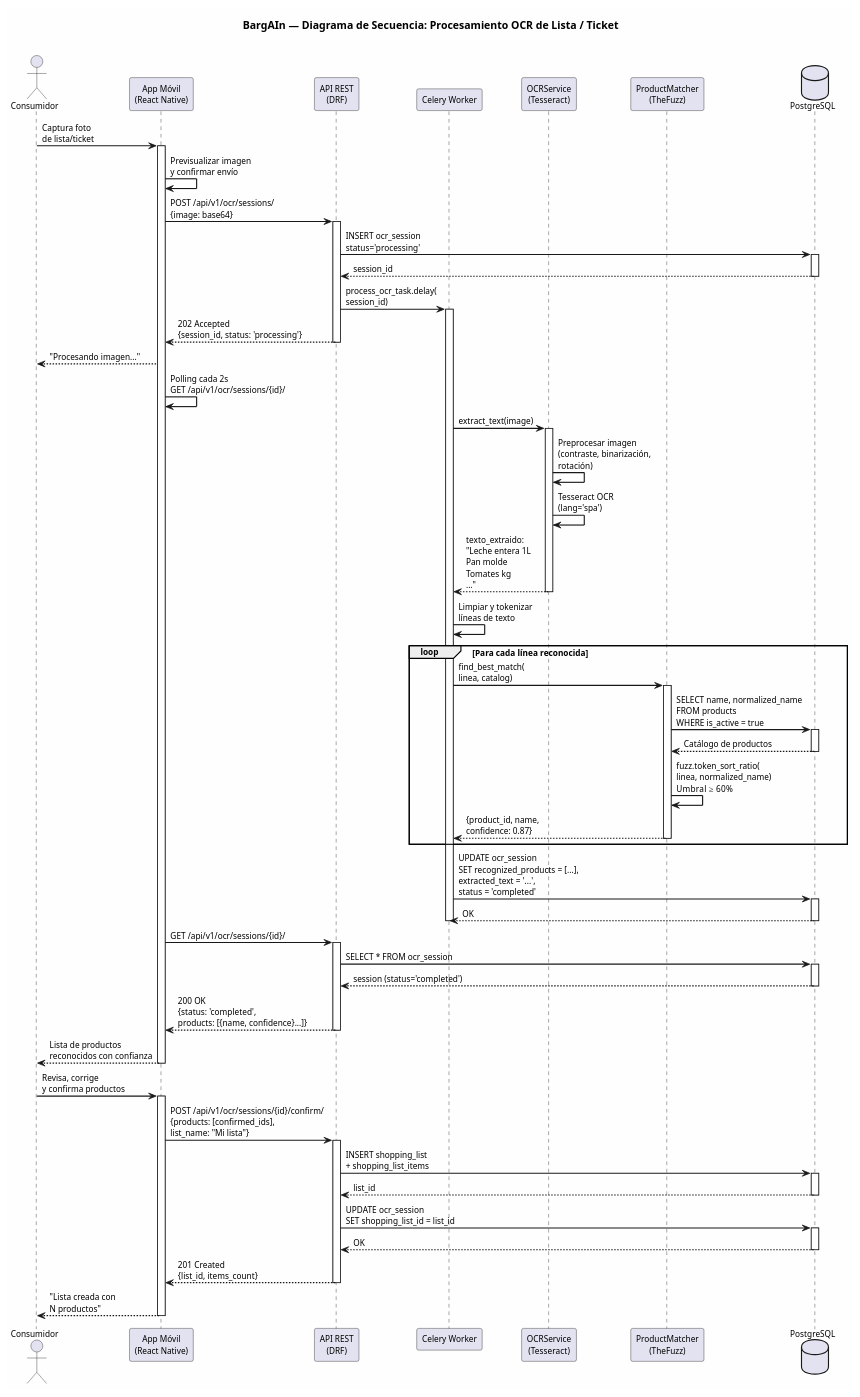
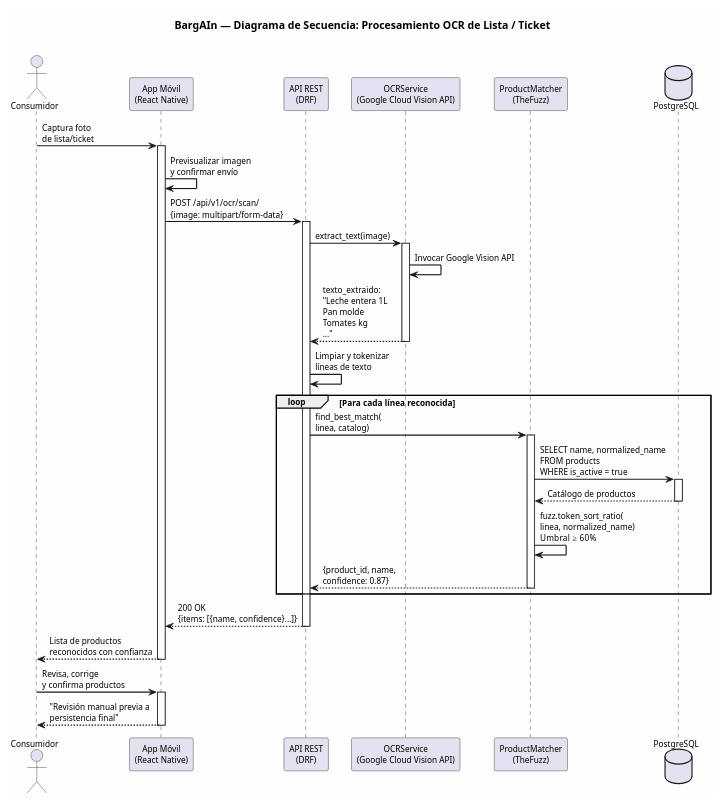
One commit to QHX0329/bargain-tfg changed the diagram in docs/diagramas/secuencia/secuencia-ocr.puml. Above: the diagram before and after it, drawn with PlantUML. The commit also changed 107 other files, not shown here.

```diff
--- a/docs/diagramas/secuencia/secuencia-ocr.puml
+++ b/docs/diagramas/secuencia/secuencia-ocr.puml
@@ -1,101 +1,56 @@
 @startuml secuencia-ocr
 skinparam backgroundColor #FEFEFE
 skinparam defaultFontName "Segoe UI"
 skinparam defaultFontSize 11
 skinparam shadowing false
 skinparam sequenceArrowThickness 1.5
 
 title **BargAIn — Diagrama de Secuencia: Procesamiento OCR de Lista / Ticket**\n
 
 actor "Consumidor" as user
 participant "App Móvil\n(React Native)" as app
 participant "API REST\n(DRF)" as api
-participant "Celery Worker" as celery
-participant "OCRService\n(Tesseract)" as ocr
+participant "OCRService\n(Google Cloud Vision API)" as ocr
 participant "ProductMatcher\n(TheFuzz)" as matcher
 database "PostgreSQL" as db
 
 user -> app : Captura foto\nde lista/ticket
 activate app
 
 app -> app : Previsualizar imagen\ny confirmar envío
 
-app -> api : POST /api/v1/ocr/sessions/\n{image: base64}
+app -> api : POST /api/v1/ocr/scan/\n{image: multipart/form-data}
 activate api
 
-api -> db : INSERT ocr_session\nstatus='processing'
-activate db
-db --> api : session_id
-deactivate db
-
-api -> celery : process_ocr_task.delay(\nsession_id)
-activate celery
-
-api --> app : 202 Accepted\n{session_id, status: 'processing'}
-deactivate api
-
-app --> user : "Procesando imagen..."
-app -> app : Polling cada 2s\nGET /api/v1/ocr/sessions/{id}/
-
-celery -> ocr : extract_text(image)
+api -> ocr : extract_text(image)
 activate ocr
-ocr -> ocr : Preprocesar imagen\n(contraste, binarización,\nrotación)
-ocr -> ocr : Tesseract OCR\n(lang='spa')
-ocr --> celery : texto_extraido:\n"Leche entera 1L\nPan molde\nTomates kg\n..."
+ocr -> ocr : Invocar Google Vision API
+ocr --> api : texto_extraido:\n"Leche entera 1L\nPan molde\nTomates kg\n..."
 deactivate ocr
 
-celery -> celery : Limpiar y tokenizar\nlíneas de texto
+api -> api : Limpiar y tokenizar\nlíneas de texto
 
 loop Para cada línea reconocida
-    celery -> matcher : find_best_match(\nlinea, catalog)
+    api -> matcher : find_best_match(\nlinea, catalog)
     activate matcher
     matcher -> db : SELECT name, normalized_name\nFROM products\nWHERE is_active = true
     activate db
     db --> matcher : Catálogo de productos
     deactivate db
     matcher -> matcher : fuzz.token_sort_ratio(\nlinea, normalized_name)\nUmbral ≥ 60%
-    matcher --> celery : {product_id, name,\nconfidence: 0.87}
+    matcher --> api : {product_id, name,\nconfidence: 0.87}
     deactivate matcher
 end
 
-celery -> db : UPDATE ocr_session\nSET recognized_products = [...],\nextracted_text = '...',\nstatus = 'completed'
-activate db
-db --> celery : OK
-deactivate db
-deactivate celery
-
-app -> api : GET /api/v1/ocr/sessions/{id}/
-activate api
-api -> db : SELECT * FROM ocr_session
-activate db
-db --> api : session (status='completed')
-deactivate db
-api --> app : 200 OK\n{status: 'completed',\nproducts: [{name, confidence}...]}
+api --> app : 200 OK\n{items: [{name, confidence}...]}
 deactivate api
 
 app --> user : Lista de productos\nreconocidos con confianza
 deactivate app
 
 user -> app : Revisa, corrige\ny confirma productos
 activate app
-
-app -> api : POST /api/v1/ocr/sessions/{id}/confirm/\n{products: [confirmed_ids],\nlist_name: "Mi lista"}
-activate api
-
-api -> db : INSERT shopping_list\n+ shopping_list_items
-activate db
-db --> api : list_id
-deactivate db
-
-api -> db : UPDATE ocr_session\nSET shopping_list_id = list_id
-activate db
-db --> api : OK
-deactivate db
-
-api --> app : 201 Created\n{list_id, items_count}
-deactivate api
-
-app --> user : "Lista creada con\nN productos"
+app --> user : "Revisión manual previa a\npersistencia final"
 deactivate app
 
 @enduml
```
